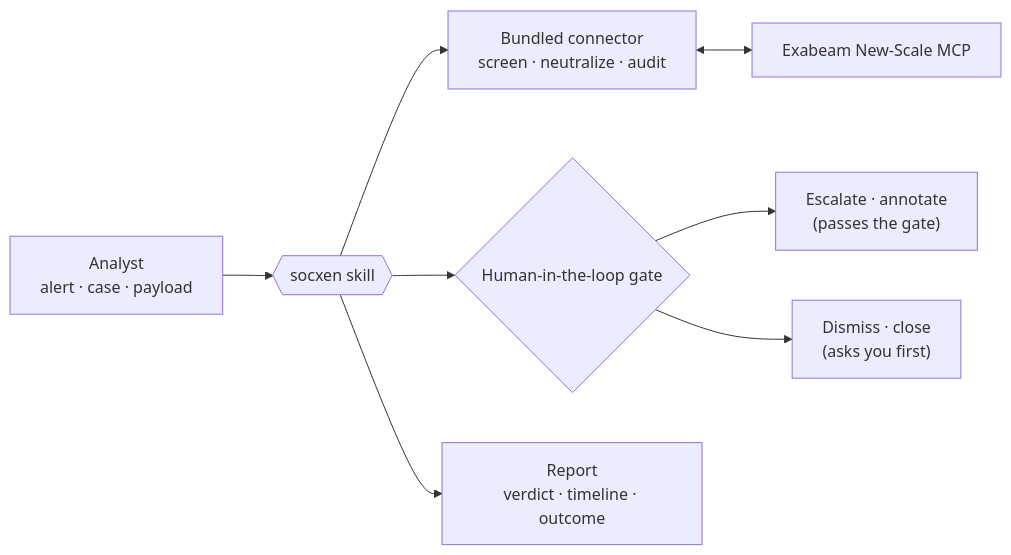
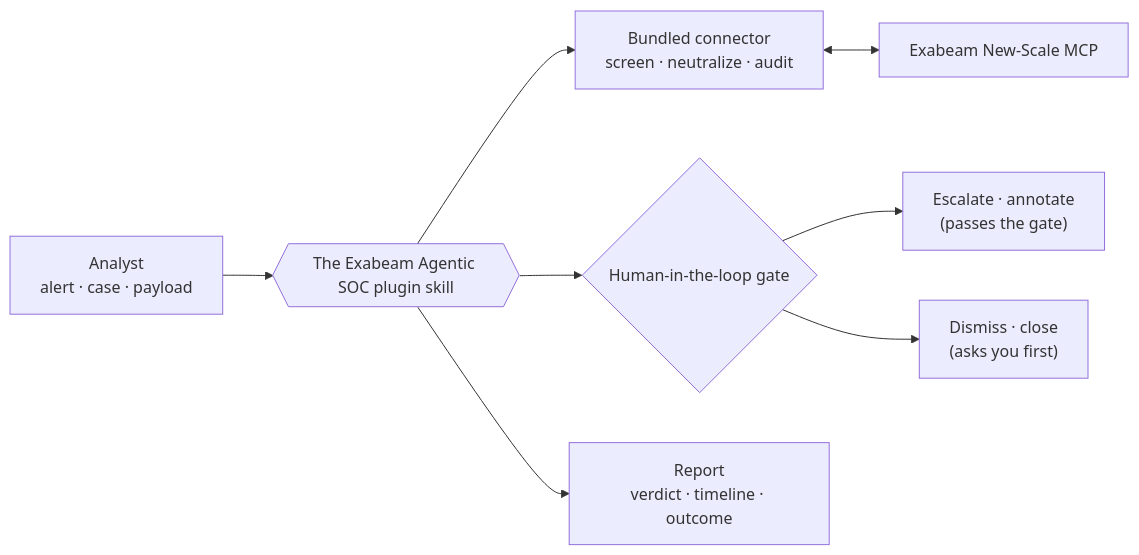
The diagram in soc/docs/index.md (Exabeam-Labs/plugins), drawn with Mermaid before and after one commit. The commit also changed other lines of this file and 57 other files, not shown here.

````diff
--- a/soc/docs/index.md
+++ b/soc/docs/index.md
@@ -45,10 +45,10 @@
 ```mermaid
 flowchart LR
-  A["Analyst<br/>alert · case · payload"] --> S{{"socxen skill"}}
+  A["Analyst<br/>alert · case · payload"] --> S{{"The Exabeam Agentic SOC plugin skill"}}
   S --> C["Bundled connector<br/>screen · neutralize · audit"]
   C <--> X["Exabeam New-Scale MCP"]
   S --> G{"Human-in-the-loop gate"}
   G --> W["Escalate · annotate<br/>(passes the gate)"]
   G --> H["Dismiss · close<br/>(asks you first)"]
   S --> R["Report<br/>verdict · timeline · outcome"]
 ```
````
